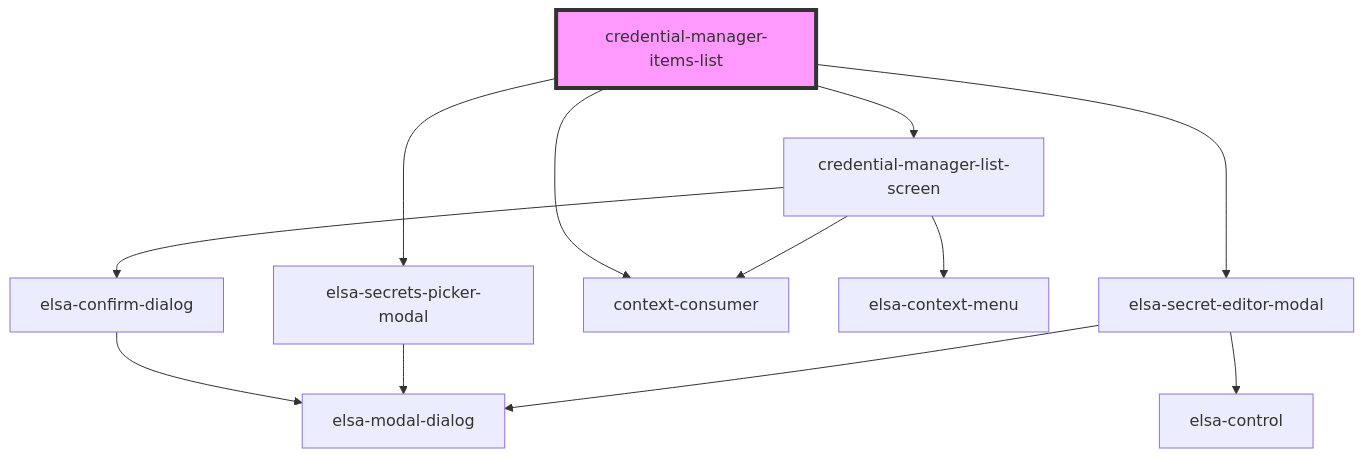
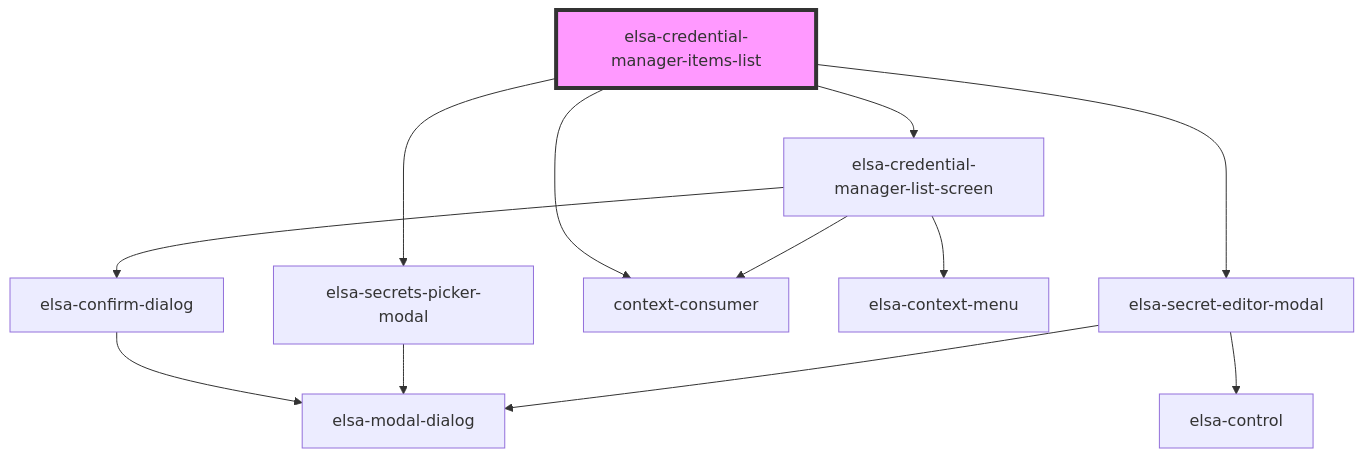
One commit to elsa-workflows/elsa-core changed the diagram in src/designer/elsa-workflows-studio/src/modules/credential-manager/pages/readme.md. Above: the diagram before and after it, drawn with Mermaid. The commit also changed other lines of this file and 299 other files, not shown here.

````diff
--- a/src/designer/elsa-workflows-studio/src/modules/credential-manager/pages/readme.md
+++ b/src/designer/elsa-workflows-studio/src/modules/credential-manager/pages/readme.md
@@ -26,15 +26,15 @@
 ```mermaid
 graph TD;
-  credential-manager-items-list --> credential-manager-list-screen
-  credential-manager-items-list --> elsa-secrets-picker-modal
-  credential-manager-items-list --> elsa-secret-editor-modal
-  credential-manager-items-list --> context-consumer
-  credential-manager-list-screen --> elsa-context-menu
-  credential-manager-list-screen --> elsa-confirm-dialog
-  credential-manager-list-screen --> context-consumer
+  elsa-credential-manager-items-list --> elsa-credential-manager-list-screen
+  elsa-credential-manager-items-list --> elsa-secrets-picker-modal
+  elsa-credential-manager-items-list --> elsa-secret-editor-modal
+  elsa-credential-manager-items-list --> context-consumer
+  elsa-credential-manager-list-screen --> elsa-context-menu
+  elsa-credential-manager-list-screen --> elsa-confirm-dialog
+  elsa-credential-manager-list-screen --> context-consumer
   elsa-confirm-dialog --> elsa-modal-dialog
   elsa-secrets-picker-modal --> elsa-modal-dialog
   elsa-secret-editor-modal --> elsa-modal-dialog
   elsa-secret-editor-modal --> elsa-control
-  style credential-manager-items-list fill:#f9f,stroke:#333,stroke-width:4px
+  style elsa-credential-manager-items-list fill:#f9f,stroke:#333,stroke-width:4px
 ```
````
